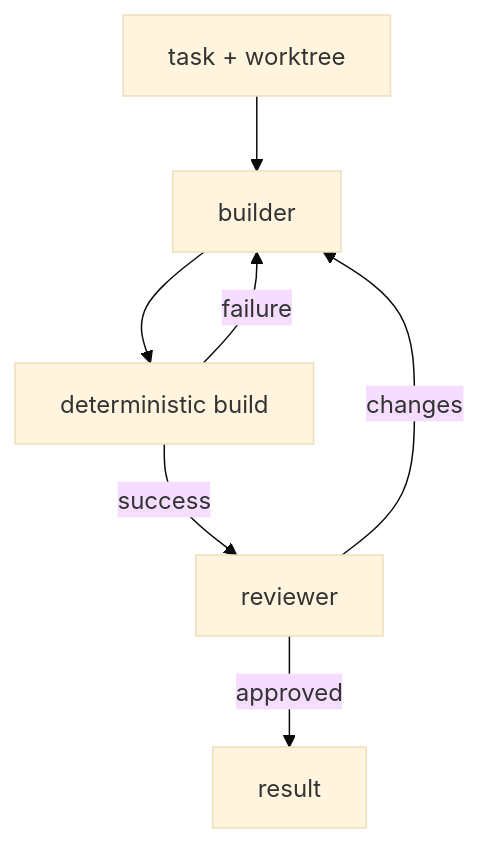
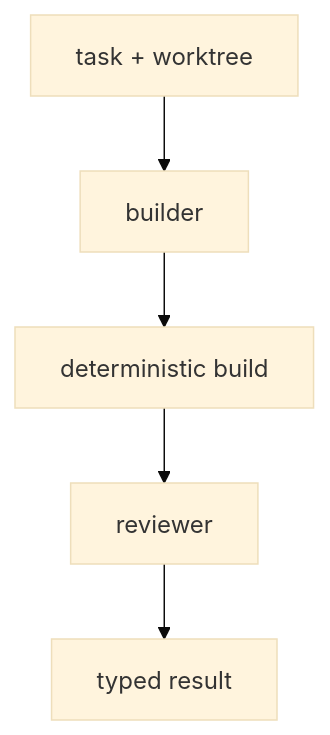
One commit to Demezy/nefor changed the diagram in mag/book/02. nefor/04. Development Workflows.md. Above: the diagram before and after it, drawn with Mermaid (base theme). The commit also changed other lines of this file and 76 other files, not shown here.

````diff
--- a/mag/book/02. nefor/04. Development Workflows.md
+++ b/mag/book/02. nefor/04. Development Workflows.md
@@ -6,9 +7,7 @@
 ```mermaid
 flowchart TD
   input["task + worktree"] --> builder["builder"]
   builder --> build["deterministic build"]
-  build -->|"failure"| builder
-  build -->|"success"| reviewer["reviewer"]
-  reviewer -->|"changes"| builder
-  reviewer -->|"approved"| result["result"]
+  build --> reviewer["reviewer"]
+  reviewer --> result["typed result"]
 ```
````
